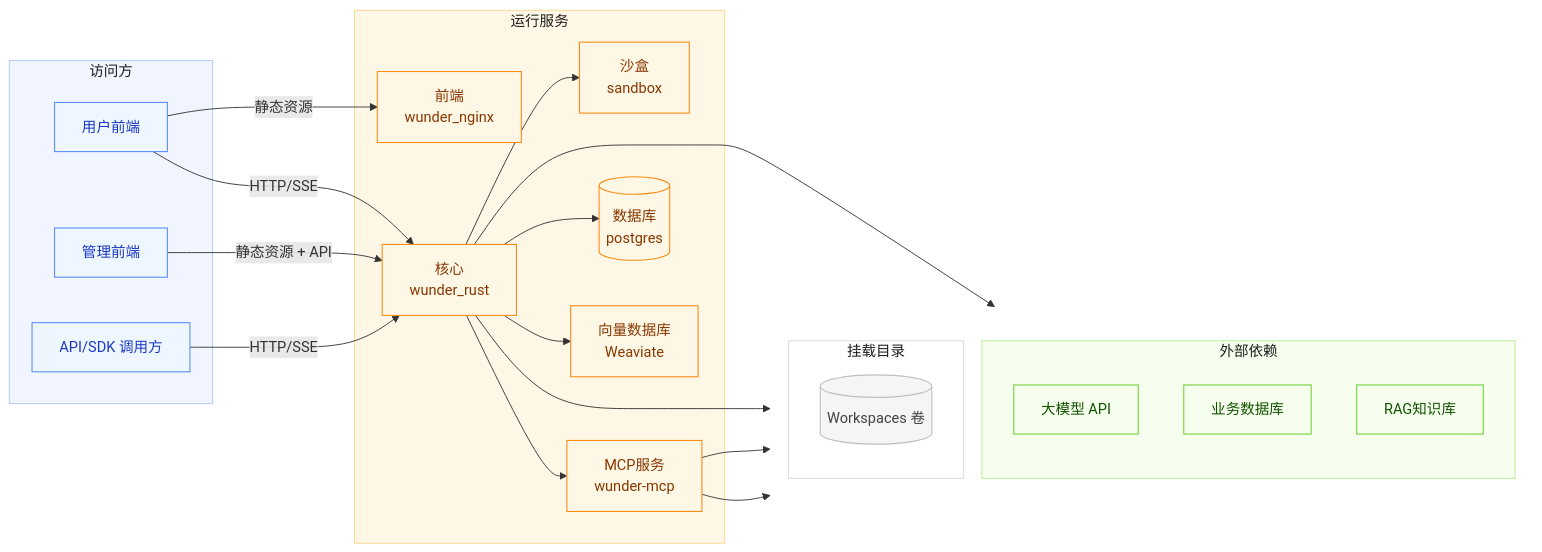
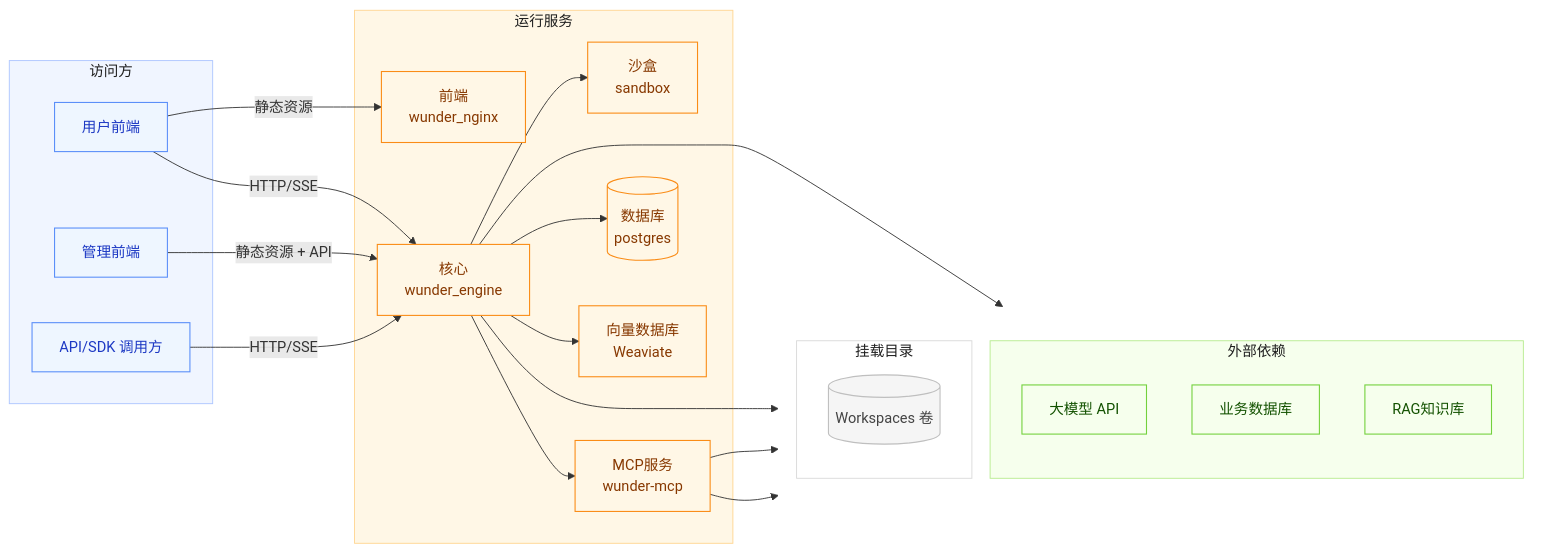
One commit to ylsdamxssjxxdd/wunder changed the first of 4 diagrams in docs/架构设计.md. Above: the diagram before and after it, drawn with Mermaid. The commit also changed other lines of this file and 20 other files, not shown here.

````diff
--- a/docs/架构设计.md
+++ b/docs/架构设计.md
@@ -21,60 +21,60 @@
 ```mermaid
 flowchart LR
   subgraph Clients["访问方"]
     UserUI["用户前端"]
     AdminUI["管理前端"]
     ApiClient["API/SDK 调用方"]
   end
 
   subgraph Runtime["运行服务"]
     Nginx["前端<br/>wunder_nginx"]
-    RustAPI["核心<br/>wunder_rust"]
+    RustAPI["核心<br/>wunder_engine"]
     Sandbox["沙盒<br/>sandbox"]
     MCP["MCP服务<br/>wunder-mcp"]
     PG[(数据库<br/>postgres)]
     VectorDB["向量数据库<br/>Weaviate"]
   end
 
   subgraph RightSide[" "]
     direction TB
     subgraph External["外部依赖"]
       LLM["大模型 API"]
       ExtDB["业务数据库"]
       KB["RAG知识库"]
     end
     subgraph Mounts["挂载目录"]
       WS[(Workspaces 卷)]
     end
   end
 
   UserUI -->|静态资源| Nginx
   UserUI -->|HTTP/SSE| RustAPI
   AdminUI -->|静态资源 + API| RustAPI
   ApiClient -->|HTTP/SSE| RustAPI
 
   RustAPI --> PG
   RustAPI --> WS
   RustAPI --> LLM
   RustAPI --> VectorDB
   RustAPI --> Sandbox
   RustAPI --> MCP
 
   MCP --> ExtDB
   MCP --> KB
 
   classDef client fill:#eef6ff,stroke:#5b8ff9,stroke-width:1.2px,color:#1d39c4;
   classDef runtime fill:#fff7e6,stroke:#fa8c16,stroke-width:1.2px,color:#873800;
   classDef external fill:#f6ffed,stroke:#73d13d,stroke-width:1.2px,color:#135200;
   classDef volume fill:#f5f5f5,stroke:#bfbfbf,stroke-width:1.2px,color:#434343;
 
   class UserUI,AdminUI,ApiClient client;
   class Nginx,RustAPI,Sandbox,MCP,PG,VectorDB runtime;
   class LLM,ExtDB,KB external;
   class WS volume;
 
   style Clients fill:#f0f5ff,stroke:#adc6ff,stroke-width:1px,color:#1f1f1f;
   style Runtime fill:#fff7e6,stroke:#ffd591,stroke-width:1px,color:#1f1f1f;
   style External fill:#f6ffed,stroke:#b7eb8f,stroke-width:1px,color:#1f1f1f;
   style Mounts fill:#ffffff,stroke:#d9d9d9,stroke-width:1px,color:#1f1f1f;
   style RightSide fill:transparent,stroke:transparent,color:transparent;
 ```
````
